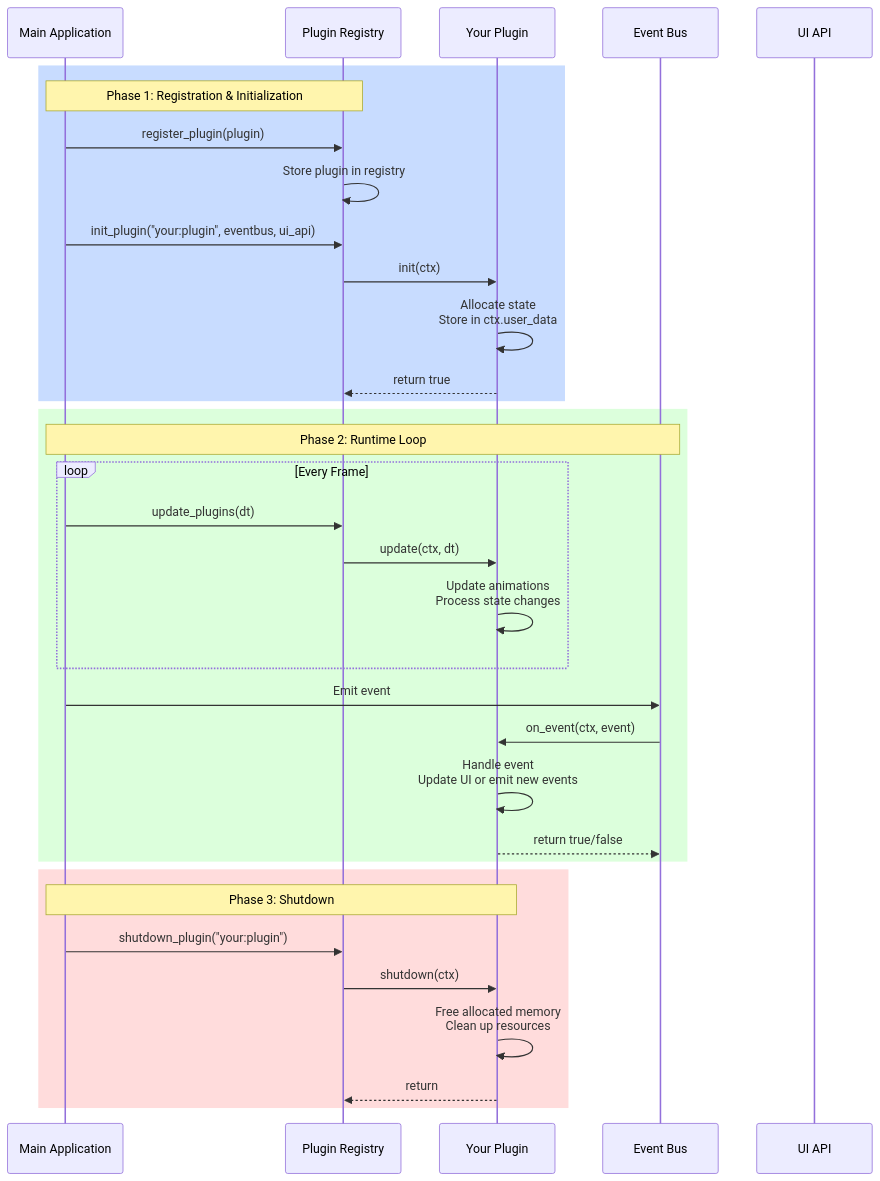
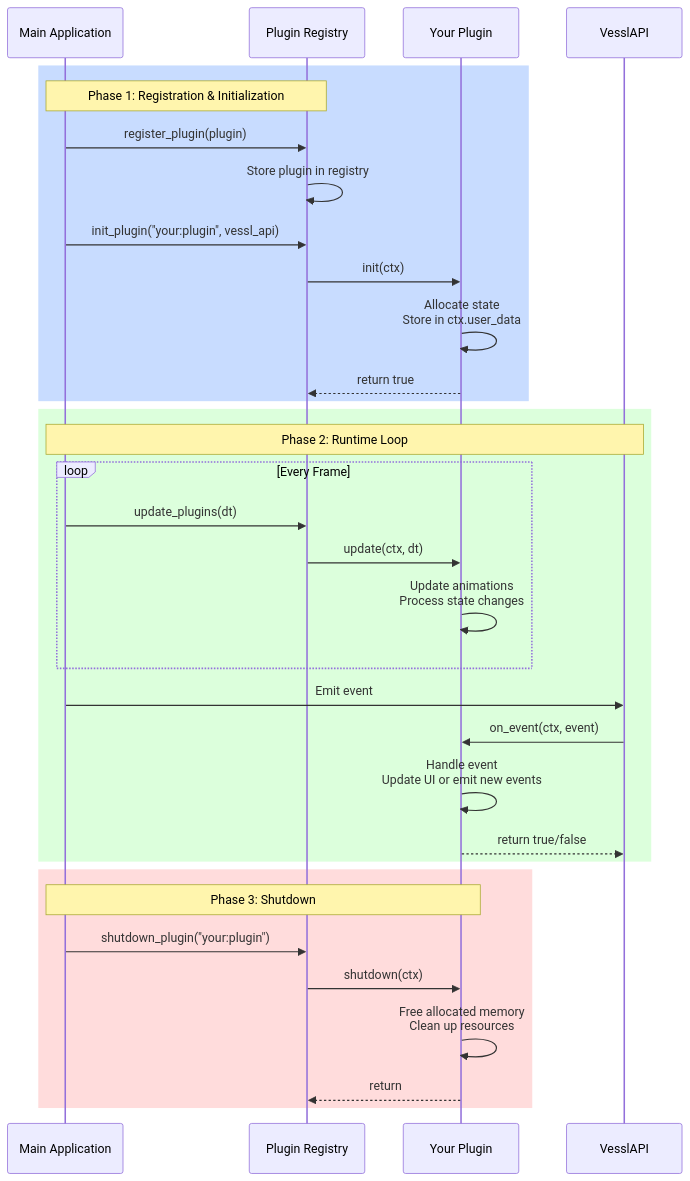
The fourth of 7 diagrams in PLUGIN_API.md (bloodmagesoftware/vessl), drawn with Mermaid before and after one commit. The commit also changed other lines of this file and 12 other files, not shown here.

````diff
--- a/PLUGIN_API.md
+++ b/PLUGIN_API.md
@@ -116,40 +150,39 @@
 ```mermaid
 sequenceDiagram
     participant Main as Main Application
     participant Registry as Plugin Registry
     participant Plugin as Your Plugin
-    participant EventBus as Event Bus
-    participant UI as UI API
+    participant API as VesslAPI
     
     rect rgb(200, 220, 255)
         Note over Main,Registry: Phase 1: Registration & Initialization
         Main->>Registry: register_plugin(plugin)
         Registry->>Registry: Store plugin in registry
-        Main->>Registry: init_plugin("your:plugin", eventbus, ui_api)
+        Main->>Registry: init_plugin("your:plugin", vessl_api)
         Registry->>Plugin: init(ctx)
         Plugin->>Plugin: Allocate state<br/>Store in ctx.user_data
         Plugin-->>Registry: return true
     end
     
     rect rgb(220, 255, 220)
-        Note over Main,EventBus: Phase 2: Runtime Loop
+        Note over Main,API: Phase 2: Runtime Loop
         loop Every Frame
             Main->>Registry: update_plugins(dt)
             Registry->>Plugin: update(ctx, dt)
             Plugin->>Plugin: Update animations<br/>Process state changes
         end
         
-        Main->>EventBus: Emit event
-        EventBus->>Plugin: on_event(ctx, event)
+        Main->>API: Emit event
+        API->>Plugin: on_event(ctx, event)
         Plugin->>Plugin: Handle event<br/>Update UI or emit new events
-        Plugin-->>EventBus: return true/false
+        Plugin-->>API: return true/false
     end
     
     rect rgb(255, 220, 220)
         Note over Main,Plugin: Phase 3: Shutdown
         Main->>Registry: shutdown_plugin("your:plugin")
         Registry->>Plugin: shutdown(ctx)
         Plugin->>Plugin: Free allocated memory<br/>Clean up resources
         Plugin-->>Registry: return
     end
 ```
````
